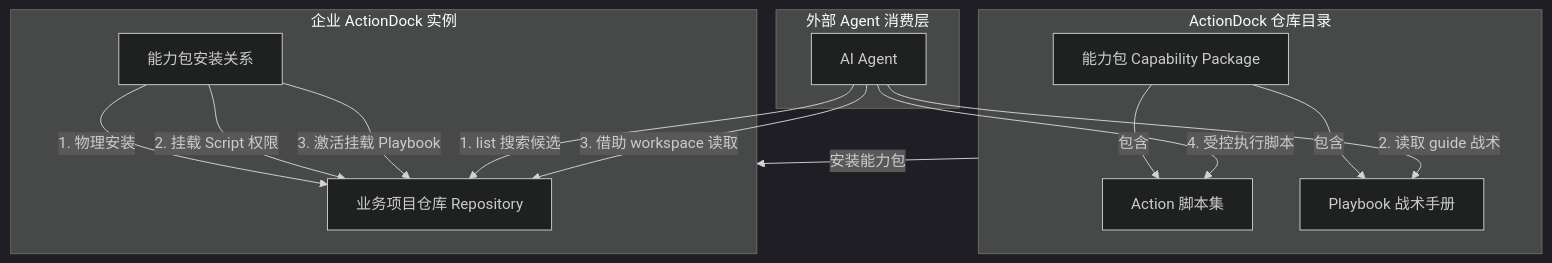
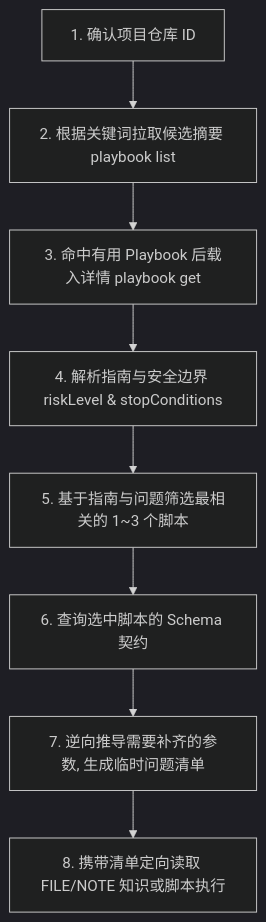
The diagram in docs/playbook.md (team4u/actiondock), drawn with Mermaid (dark theme) before and after one commit. The commit also changed other lines of this file, not shown here.

````diff
--- a/docs/playbook.md
+++ b/docs/playbook.md
@@ -91,27 +76,10 @@
 ```mermaid
 flowchart TD
-    subgraph RepoCatalog[ActionDock 仓库目录]
-        Pkg[能力包 Capability Package]
-        Pkg -->|包含| Scripts[Action 脚本集]
-        Pkg -->|包含| Playbooks[Playbook 战术手册]
-    end
-
-    subgraph UserDock[企业 ActionDock 实例]
-        TargetRepo[业务项目仓库 Repository]
-        PkgInstallation[能力包安装关系]
-        
-        PkgInstallation -->|1. 物理安装| TargetRepo
-        PkgInstallation -->|2. 挂载 Script 权限| TargetRepo
-        PkgInstallation -->|3. 激活挂载 Playbook| TargetRepo
-    end
-
-    RepoCatalog -->|安装能力包| UserDock
-    
-    subgraph AgentRuntime[外部 Agent 消费层]
-        Agent[AI Agent]
-        Agent -->|1. list 搜索候选| TargetRepo
-        Agent -->|2. 读取 guide 战术| Playbooks
-        Agent -->|3. 借助 workspace 读取| TargetRepo
-        Agent -->|4. 受控执行脚本| Scripts
-    end
+    Start[1. 确认项目仓库 ID] --> Search[2. 根据关键词拉取候选摘要 playbook list]
+    Search --> Fetch[3. 命中有用 Playbook 后载入详情 playbook get]
+    Fetch --> Review[4. 解析指南与安全边界 riskLevel & stopConditions]
+    Review --> Select[5. 基于指南与问题筛选最相关的 1~3 个脚本]
+    Select --> Schema[6. 查询选中脚本的 Schema 契约]
+    Schema --> Derive[7. 逆向推导需要补齐的参数, 生成临时问题清单]
+    Derive --> Read[8. 携带清单定向读取 FILE/NOTE 知识或脚本执行]
 ```
````
